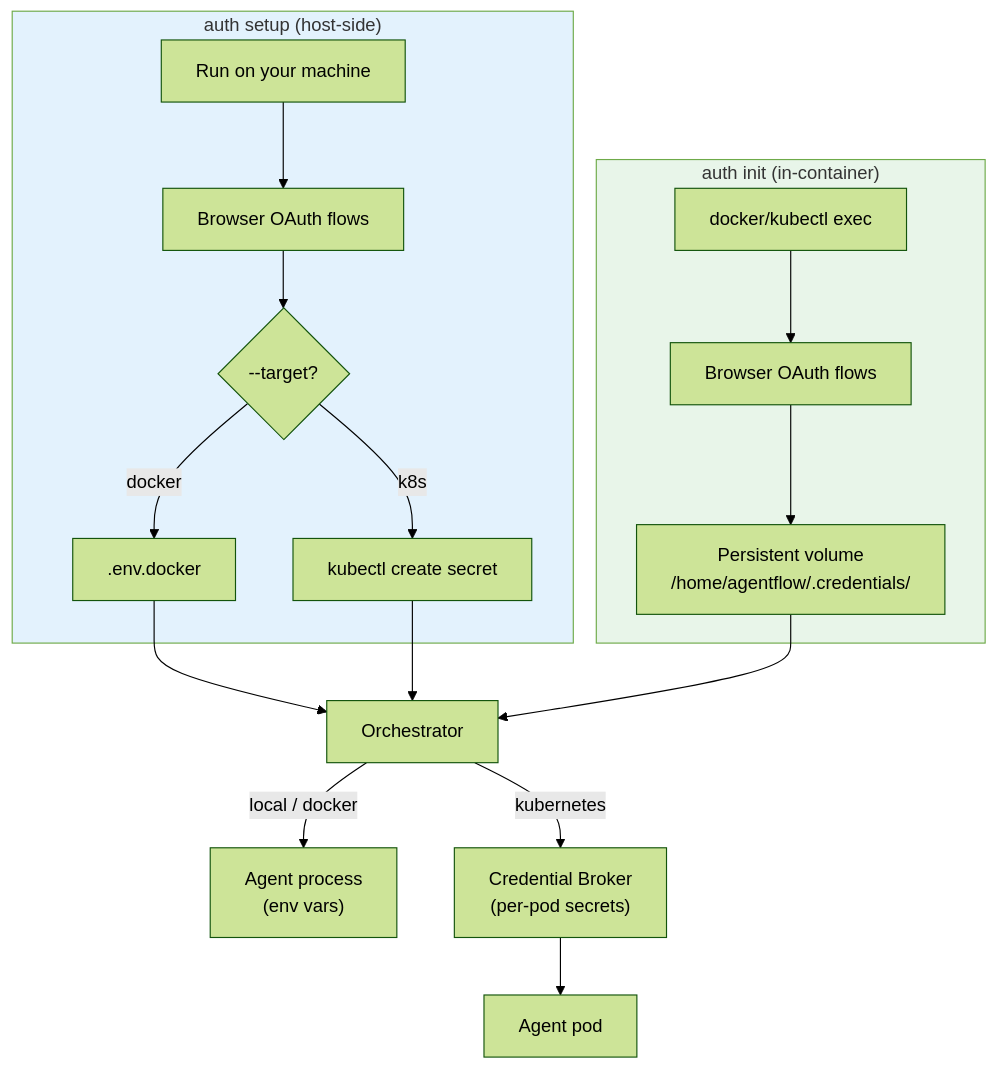
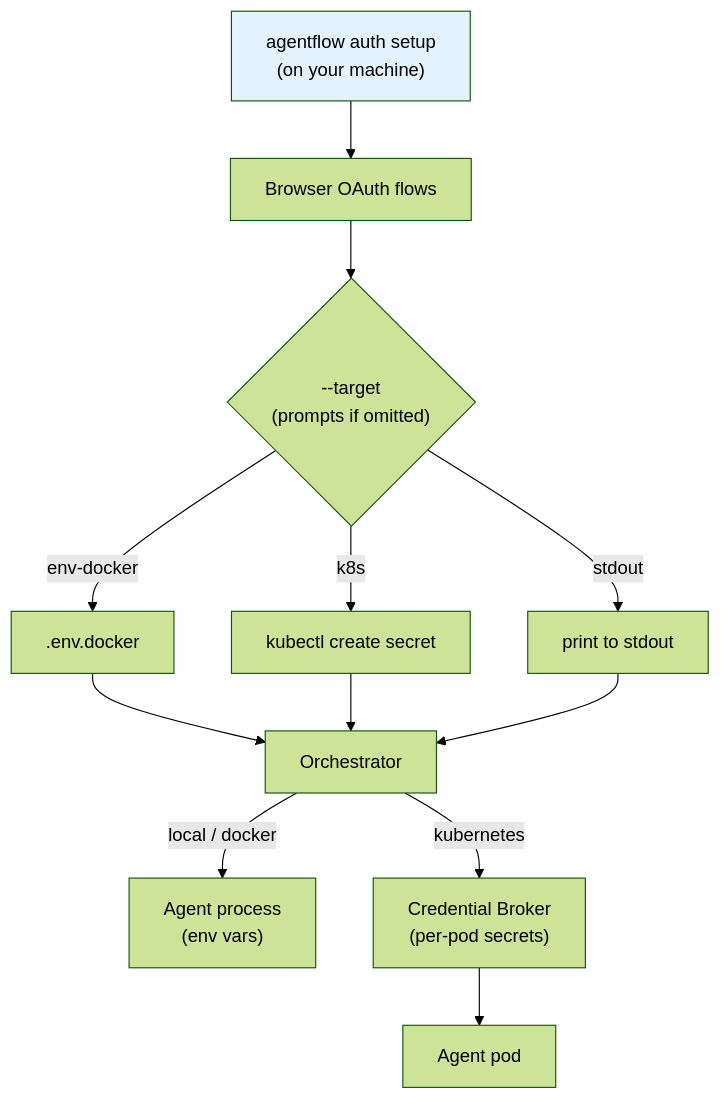
The first of 2 diagrams in docs-site/authentication.md (pweissneo/agentflow-docs), drawn with Mermaid (forest theme) before and after one commit. The commit also changed other lines of this file and 6 other files, not shown here.

````diff
--- a/docs-site/authentication.md
+++ b/docs-site/authentication.md
@@ -5,24 +5,17 @@
 ```mermaid
 graph TD
-    subgraph Setup["auth setup (host-side)"]
-        S1["Run on your machine"] --> S2["Browser OAuth flows"]
-        S2 --> S3{"--target?"}
-        S3 -->|docker| S4[".env.docker"]
-        S3 -->|k8s| S5["kubectl create secret"]
-    end
-
-    subgraph Init["auth init (in-container)"]
-        I1["docker/kubectl exec"] --> I2["Browser OAuth flows"]
-        I2 --> I3["Persistent volume<br/>/home/agentflow/.credentials/"]
-    end
+    S1["agentflow auth setup<br/>(on your machine)"] --> S2["Browser OAuth flows"]
+    S2 --> S3{"--target<br/>(prompts if omitted)"}
+    S3 -->|env-docker| S4[".env.docker"]
+    S3 -->|k8s| S5["kubectl create secret"]
+    S3 -->|stdout| S6["print to stdout"]
 
     S4 --> ORCH["Orchestrator"]
     S5 --> ORCH
-    I3 --> ORCH
+    S6 --> ORCH
     ORCH -->|local / docker| AGENT["Agent process<br/>(env vars)"]
     ORCH -->|kubernetes| BROKER["Credential Broker<br/>(per-pod secrets)"]
     BROKER --> POD["Agent pod"]
 
-    style Setup fill:#e3f2fd
-    style Init fill:#e8f5e9
+    style S1 fill:#e3f2fd
 ```
````
